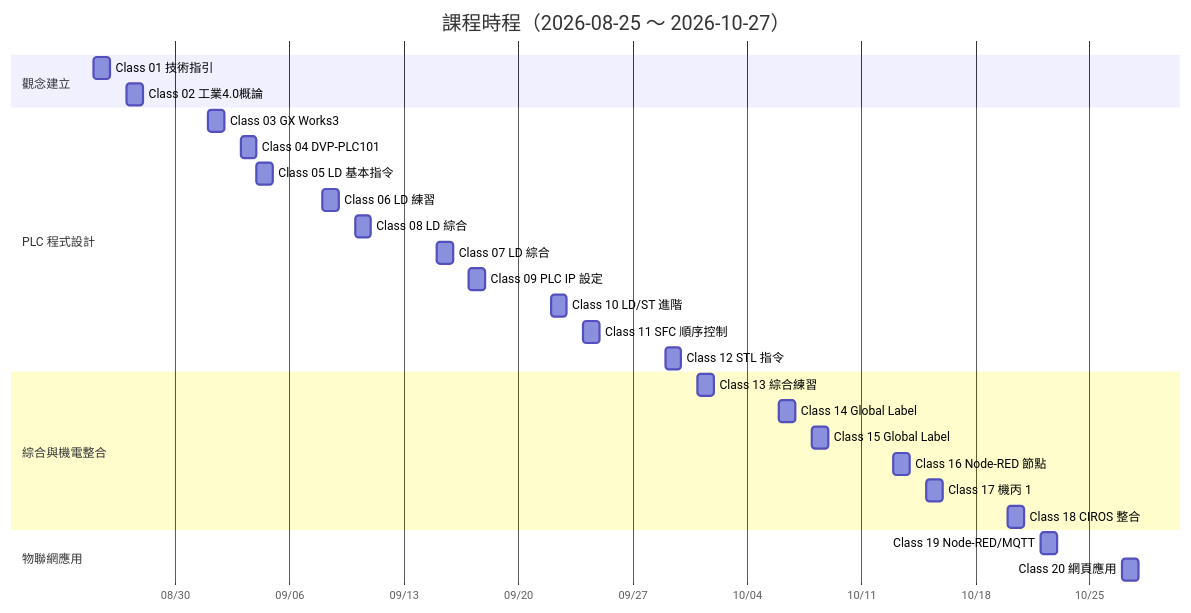
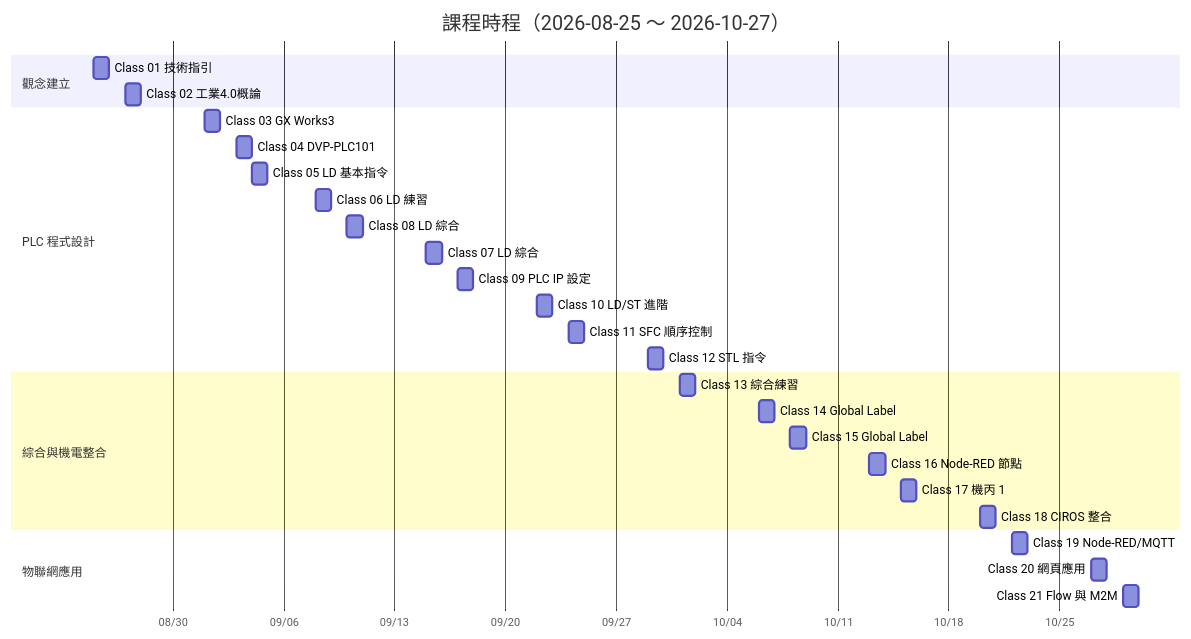
Before and after one commit to yd7148/INDUSTRY-4.0: the second of 3 diagrams in docs/COURSE-MAP.md, drawn with Mermaid. The commit also changed other lines of this file and 73 other files, not shown here.

Commit message:
Add Class-21-2026-10-29 Node-RED Flow and M2M materials

````diff
--- a/docs/COURSE-MAP.md
+++ b/docs/COURSE-MAP.md
@@ -58,30 +59,31 @@
 ```mermaid
 gantt
     title 課程時程（2026-08-25 ～ 2026-10-27）
     dateFormat YYYY-MM-DD
     axisFormat %m/%d
     section 觀念建立
     Class 01 技術指引        :c01, 2026-08-25, 1d
     Class 02 工業4.0概論      :c02, 2026-08-27, 1d
     section PLC 程式設計
     Class 03 GX Works3       :c03, 2026-09-01, 1d
     Class 04 DVP-PLC101      :c04, 2026-09-03, 1d
     Class 05 LD 基本指令      :c05, 2026-09-04, 1d
     Class 06 LD 練習          :c06, 2026-09-08, 1d
     Class 08 LD 綜合          :c08, 2026-09-10, 1d
     Class 07 LD 綜合          :c07, 2026-09-15, 1d
     Class 09 PLC IP 設定      :c09, 2026-09-17, 1d
     Class 10 LD/ST 進階       :c10, 2026-09-22, 1d
     Class 11 SFC 順序控制     :c11, 2026-09-24, 1d
     Class 12 STL 指令         :c12, 2026-09-29, 1d
     section 綜合與機電整合
     Class 13 綜合練習         :c13, 2026-10-01, 1d
     Class 14 Global Label    :c14, 2026-10-06, 1d
     Class 15 Global Label    :c15, 2026-10-08, 1d
     Class 16 Node-RED 節點    :c16, 2026-10-13, 1d
     Class 17 機丙 1           :c17, 2026-10-15, 1d
     Class 18 CIROS 整合       :c18, 2026-10-20, 1d
     section 物聯網應用
     Class 19 Node-RED/MQTT   :c19, 2026-10-22, 1d
     Class 20 網頁應用         :c20, 2026-10-27, 1d
+    Class 21 Flow 與 M2M      :c21, 2026-10-29, 1d
 ```
````
